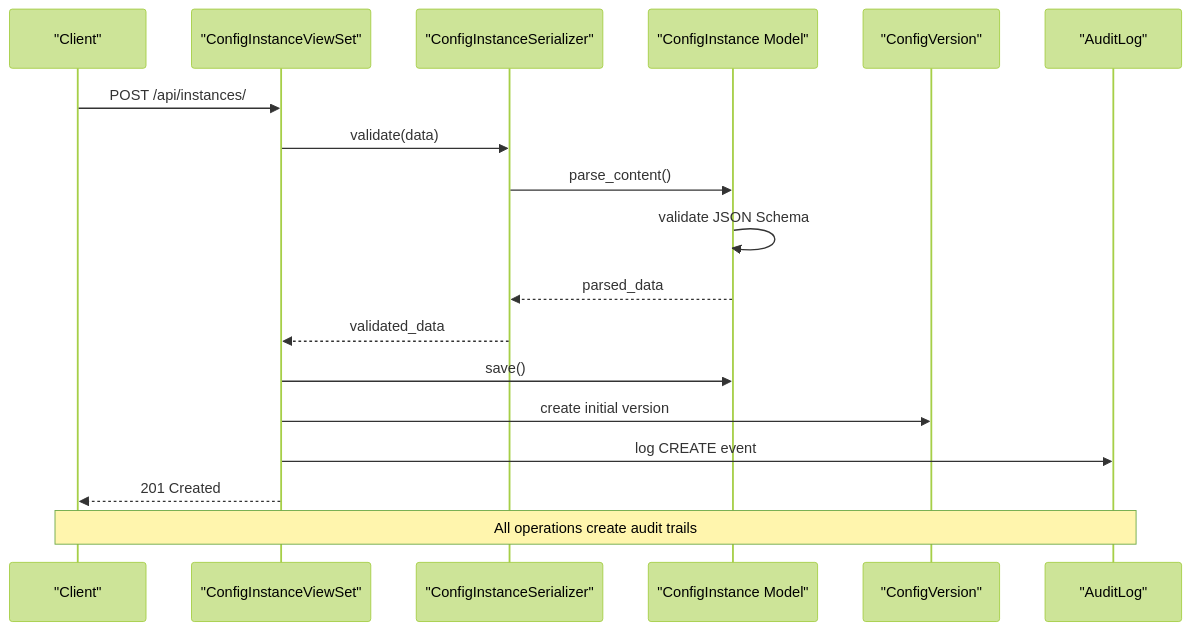
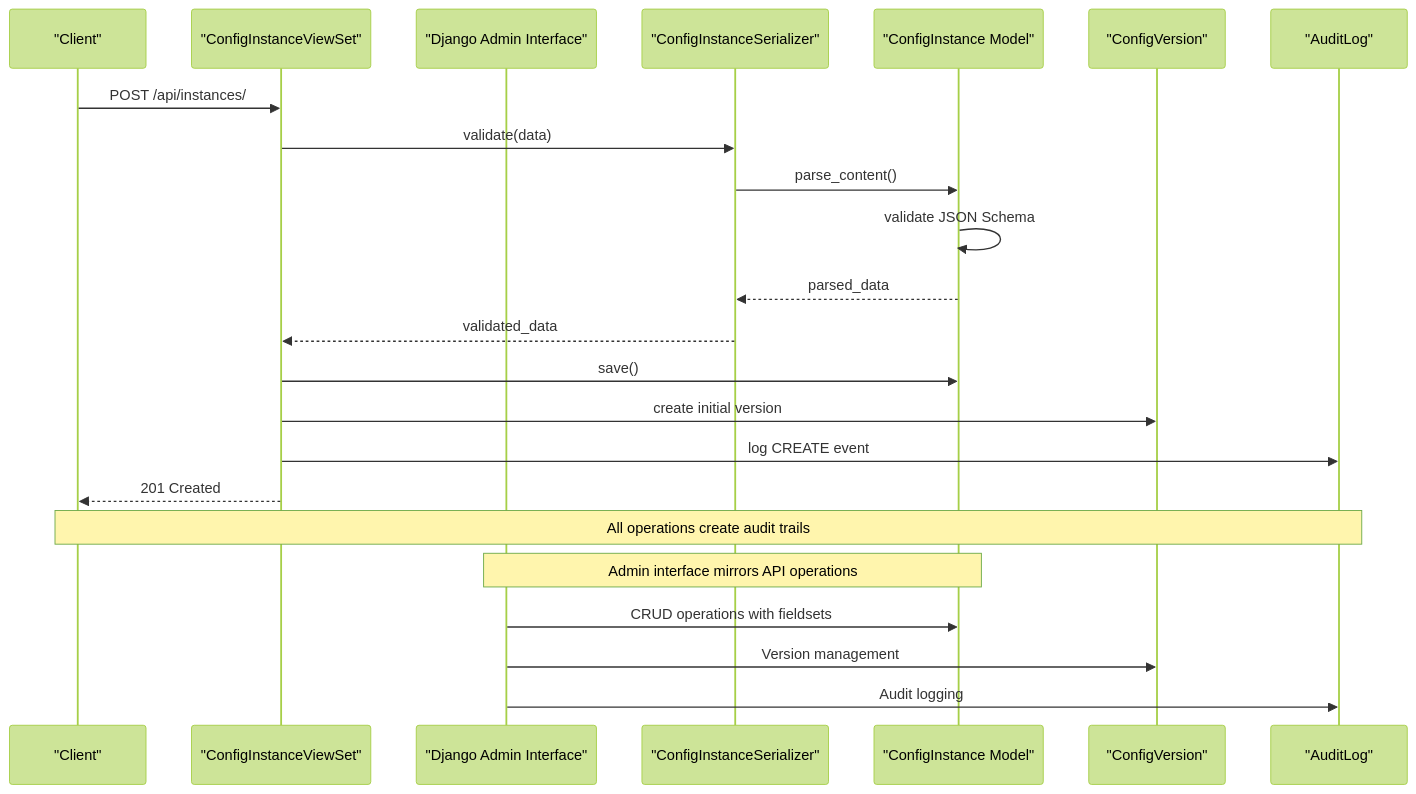
Before and after one commit to fengyong/ai-ops: the second of 3 diagrams in .qoder/repowiki/en/content/Backend API Documentation/Configuration Instance Management API.md, drawn with Mermaid (forest theme). The commit also changed other lines of this file and 7 other files, not shown here.

````diff
--- a/.qoder/repowiki/en/content/Backend API Documentation/Configuration Instance Management API.md
+++ b/.qoder/repowiki/en/content/Backend API Documentation/Configuration Instance Management API.md
@@ -100,20 +120,25 @@
 ```mermaid
 sequenceDiagram
 participant Client as "Client"
 participant API as "ConfigInstanceViewSet"
+participant Admin as "Django Admin Interface"
 participant Serializer as "ConfigInstanceSerializer"
 participant Model as "ConfigInstance Model"
 participant Version as "ConfigVersion"
 participant Audit as "AuditLog"
 Client->>API : POST /api/instances/
 API->>Serializer : validate(data)
 Serializer->>Model : parse_content()
 Model->>Model : validate JSON Schema
 Model-->>Serializer : parsed_data
 Serializer-->>API : validated_data
 API->>Model : save()
 API->>Version : create initial version
 API->>Audit : log CREATE event
 API-->>Client : 201 Created
 Note over Client,Audit : All operations create audit trails
+Note over Admin,Model : Admin interface mirrors API operations
+Admin->>Model : CRUD operations with fieldsets
+Admin->>Version : Version management
+Admin->>Audit : Audit logging
 ```
````
